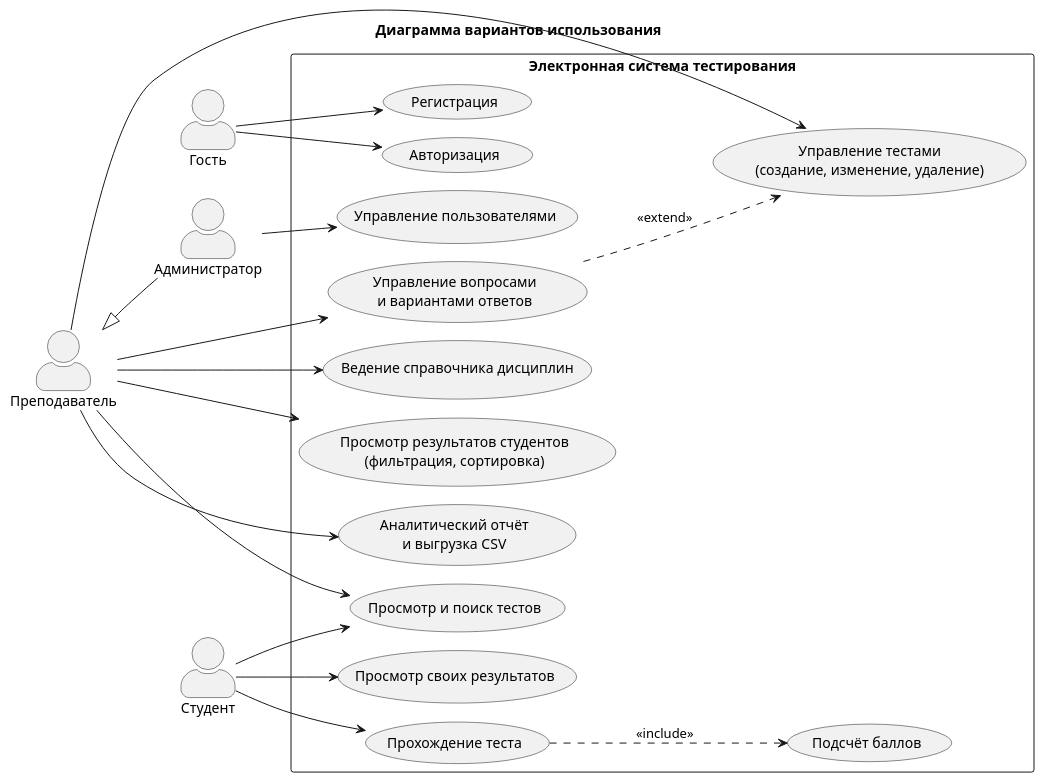
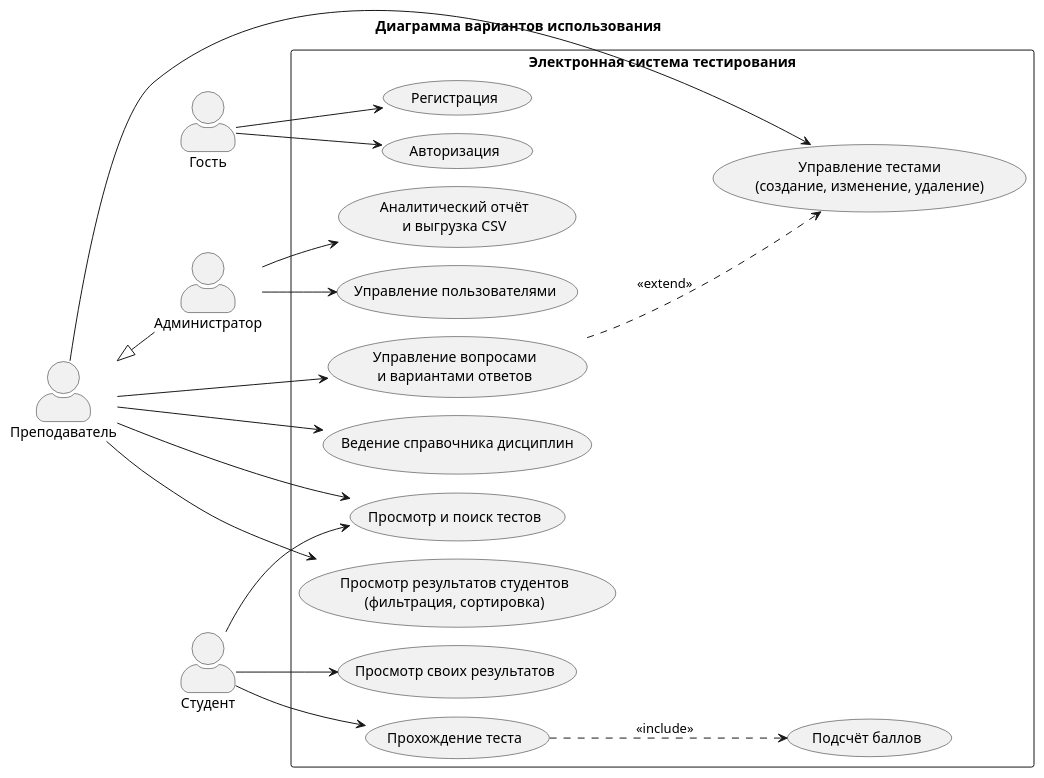
The diagram in docs/uml/1_use_case.puml (ChibryakovT/student-testing-system), drawn with PlantUML before and after one commit. The commit also changed 31 other files, not shown here.

```diff
--- a/docs/uml/1_use_case.puml
+++ b/docs/uml/1_use_case.puml
@@ -1,42 +1,42 @@
 @startuml use_case
 !pragma layout smetana
 skinparam defaultFontName Arial
 skinparam actorStyle awesome
 left to right direction
 title Диаграмма вариантов использования
 
 actor "Гость" as G
 actor "Студент" as S
 actor "Преподаватель" as T
 actor "Администратор" as A
 T <|-- A
 
 rectangle "Электронная система тестирования" {
   usecase "Регистрация" as UC1
   usecase "Авторизация" as UC2
   usecase "Просмотр и поиск тестов" as UC3
   usecase "Прохождение теста" as UC4
   usecase "Просмотр своих результатов" as UC5
   usecase "Управление тестами\n(создание, изменение, удаление)" as UC6
   usecase "Управление вопросами\nи вариантами ответов" as UC7
   usecase "Ведение справочника дисциплин" as UC8
   usecase "Просмотр результатов студентов\n(фильтрация, сортировка)" as UC9
   usecase "Аналитический отчёт\nи выгрузка CSV" as UC10
   usecase "Управление пользователями" as UC11
   usecase "Подсчёт баллов" as UC12
 }
 G --> UC1
 G --> UC2
 S --> UC3
 S --> UC4
 S --> UC5
 T --> UC3
 T --> UC6
 T --> UC7
 T --> UC8
 T --> UC9
-T --> UC10
+A --> UC10
 A --> UC11
 UC4 ..> UC12 : <<include>>
 UC7 ..> UC6 : <<extend>>
 @enduml
```
